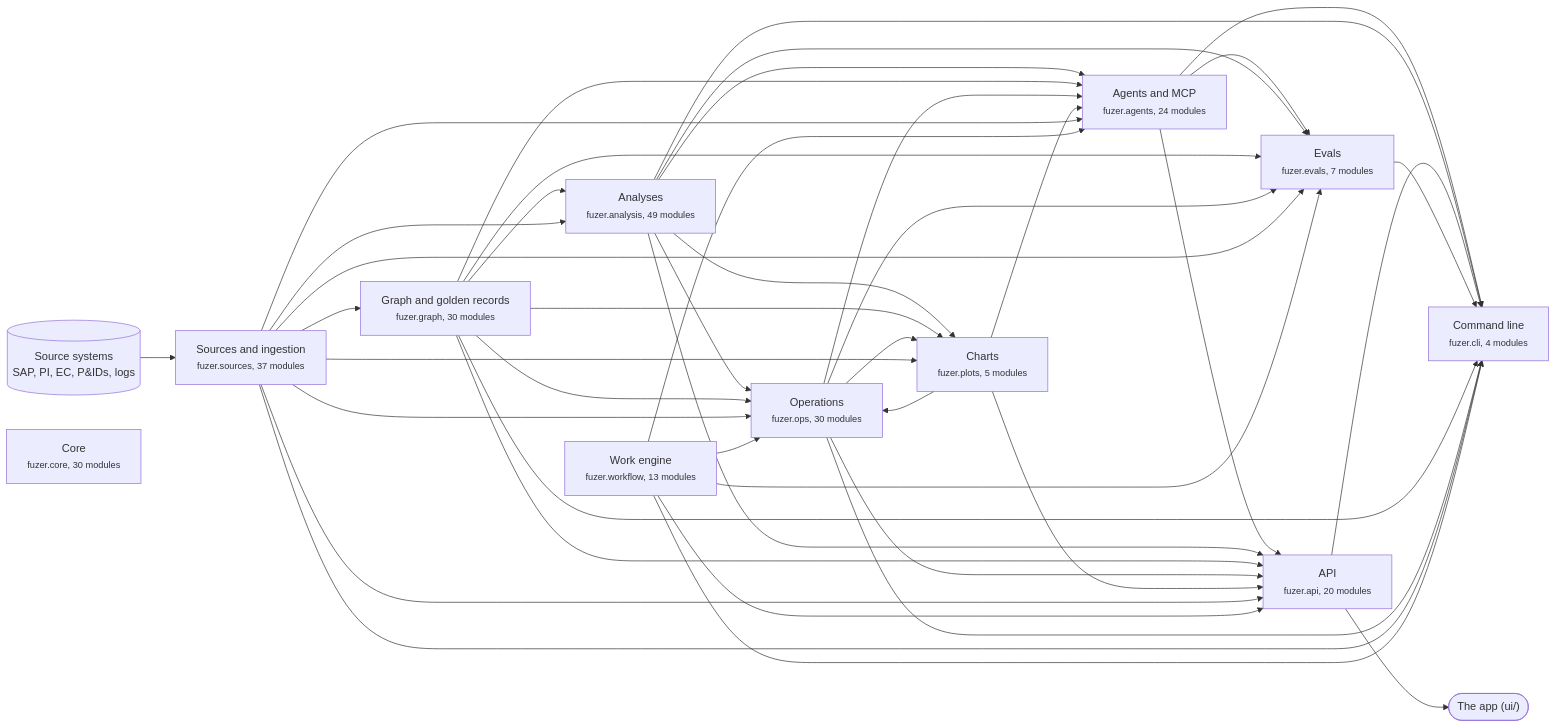
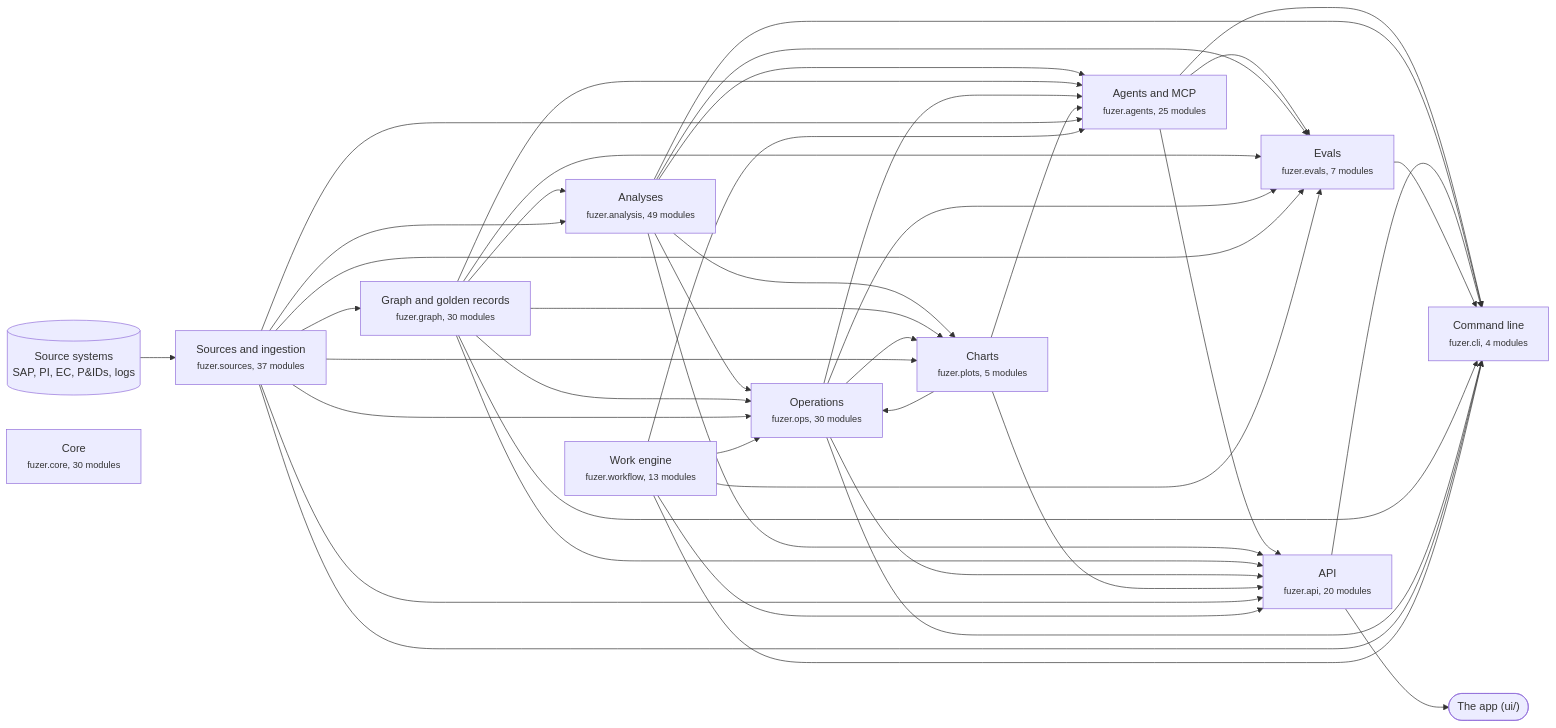
The first of 3 diagrams in docs/architecture.md (areed145/fuzer), drawn with Mermaid before and after one commit. The commit also changed other lines of this file and 8 other files, not shown here.

````diff
--- a/docs/architecture.md
+++ b/docs/architecture.md
@@ -8,67 +8,67 @@
 ```mermaid
 flowchart LR
   systems[("Source systems<br>SAP, PI, EC, P&IDs, logs")] --> c_sources
   app(["The app (ui/)"])
   c_api --> app
   c_sources["Sources and ingestion<br><small>fuzer.sources, 37 modules</small>"]
   c_graph["Graph and golden records<br><small>fuzer.graph, 30 modules</small>"]
   c_analysis["Analyses<br><small>fuzer.analysis, 49 modules</small>"]
   c_ops["Operations<br><small>fuzer.ops, 30 modules</small>"]
   c_plots["Charts<br><small>fuzer.plots, 5 modules</small>"]
   c_workflow["Work engine<br><small>fuzer.workflow, 13 modules</small>"]
-  c_agents["Agents and MCP<br><small>fuzer.agents, 24 modules</small>"]
+  c_agents["Agents and MCP<br><small>fuzer.agents, 25 modules</small>"]
   c_evals["Evals<br><small>fuzer.evals, 7 modules</small>"]
   c_api["API<br><small>fuzer.api, 20 modules</small>"]
   c_cli["Command line<br><small>fuzer.cli, 4 modules</small>"]
   c_core["Core<br><small>fuzer.core, 30 modules</small>"]
   c_sources --> c_graph
   c_graph --> c_analysis
   c_sources --> c_analysis
   c_analysis --> c_ops
   c_graph --> c_ops
   c_plots --> c_ops
   c_sources --> c_ops
   c_workflow --> c_ops
   c_analysis --> c_plots
   c_graph --> c_plots
   c_ops --> c_plots
   c_sources --> c_plots
   c_analysis --> c_agents
   c_graph --> c_agents
   c_ops --> c_agents
   c_plots --> c_agents
   c_sources --> c_agents
   c_workflow --> c_agents
   c_agents --> c_evals
   c_analysis --> c_evals
   c_graph --> c_evals
   c_ops --> c_evals
   c_sources --> c_evals
   c_workflow --> c_evals
   c_agents --> c_api
   c_analysis --> c_api
   c_graph --> c_api
   c_ops --> c_api
   c_plots --> c_api
   c_sources --> c_api
   c_workflow --> c_api
   c_agents --> c_cli
   c_analysis --> c_cli
   c_api --> c_cli
   c_evals --> c_cli
   c_graph --> c_cli
   c_ops --> c_cli
   c_sources --> c_cli
   c_workflow --> c_cli
   click c_sources "https://github.com/areed145/fuzer/tree/main/src/fuzer/sources"
   click c_graph "https://github.com/areed145/fuzer/tree/main/src/fuzer/graph"
   click c_analysis "https://github.com/areed145/fuzer/tree/main/src/fuzer/analysis"
   click c_ops "https://github.com/areed145/fuzer/tree/main/src/fuzer/ops"
   click c_plots "https://github.com/areed145/fuzer/tree/main/src/fuzer/plots"
   click c_workflow "https://github.com/areed145/fuzer/tree/main/src/fuzer/workflow"
   click c_agents "https://github.com/areed145/fuzer/tree/main/src/fuzer/agents"
   click c_evals "https://github.com/areed145/fuzer/tree/main/src/fuzer/evals"
   click c_api "https://github.com/areed145/fuzer/tree/main/src/fuzer/api"
   click c_cli "https://github.com/areed145/fuzer/tree/main/src/fuzer/cli"
   click c_core "https://github.com/areed145/fuzer/tree/main/src/fuzer/core"
 ```
````
